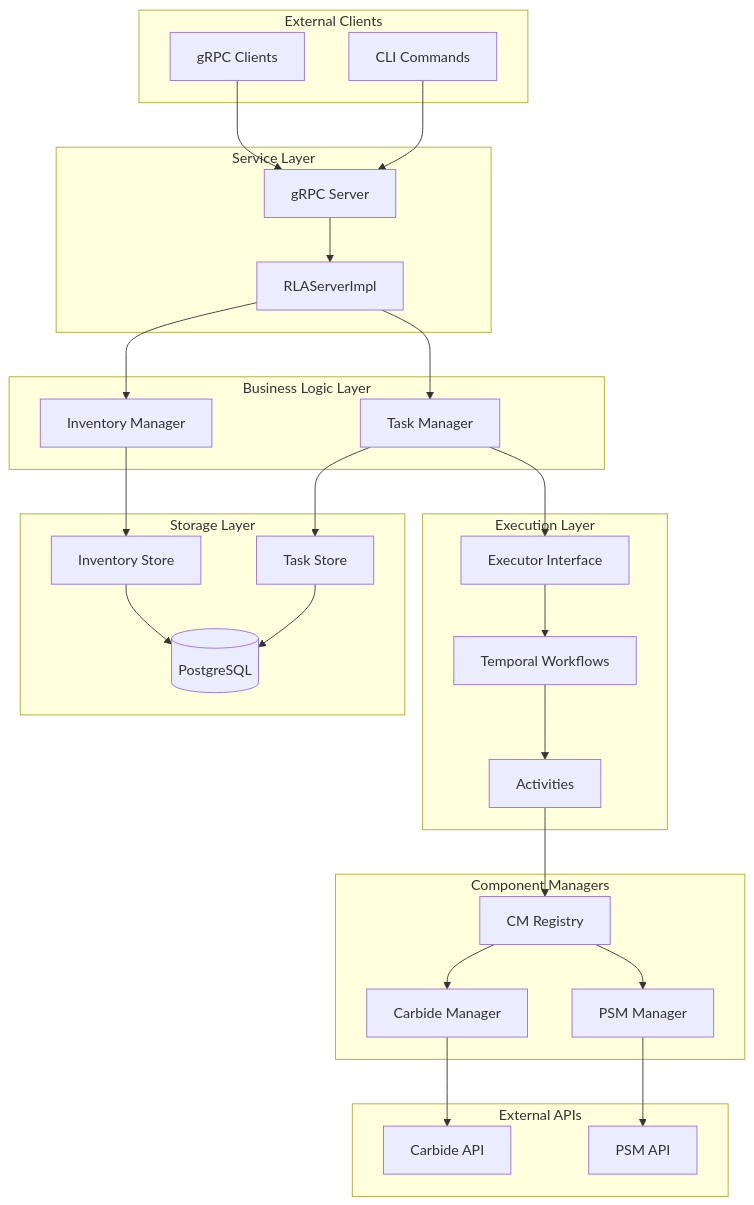
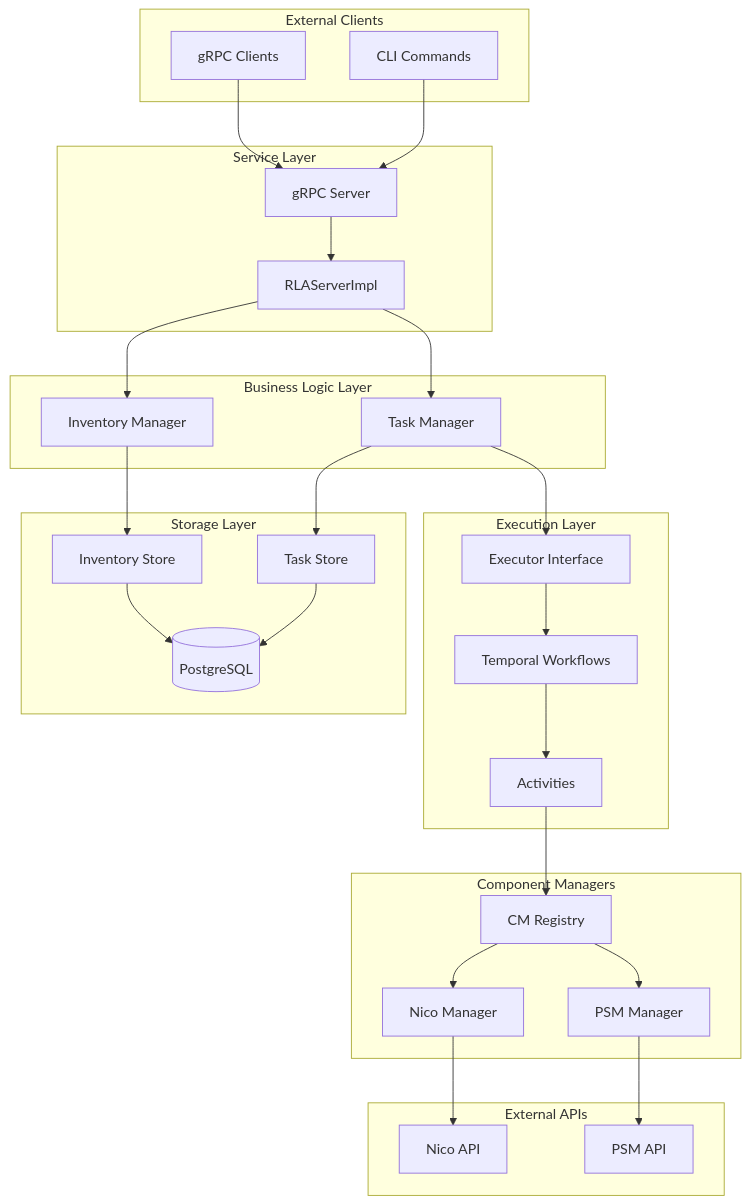
Before and after one commit to NVIDIA/ncx-infra-controller-rest: the first of 3 diagrams in rla/docs/rla-architecture.md, drawn with Mermaid. The commit also changed other lines of this file and 814 other files, not shown here.

First line of the commit message:
feat!: rename carbide/forge → nico across entire codebase

````diff
--- a/rla/docs/rla-architecture.md
+++ b/rla/docs/rla-architecture.md
@@ -44,58 +44,58 @@
 ```mermaid
 flowchart TB
     subgraph external [External Clients]
         grpcClient[gRPC Clients]
         cli[CLI Commands]
     end
 
     subgraph service [Service Layer]
         grpcServer[gRPC Server]
         serverImpl[RLAServerImpl]
     end
 
     subgraph business [Business Logic Layer]
         invManager[Inventory Manager]
         taskManager[Task Manager]
     end
 
     subgraph storage [Storage Layer]
         invStore[Inventory Store]
         taskStore[Task Store]
         postgres[(PostgreSQL)]
     end
 
     subgraph execution [Execution Layer]
         executor[Executor Interface]
         temporal[Temporal Workflows]
         activities[Activities]
     end
 
     subgraph componentmgr [Component Managers]
         cmRegistry[CM Registry]
-        carbideCM[Carbide Manager]
+        nicoCM[Nico Manager]
         psmCM[PSM Manager]
     end
 
     subgraph external_apis [External APIs]
-        carbideAPI[Carbide API]
+        nicoAPI[Nico API]
         psmAPI[PSM API]
     end
 
     grpcClient --> grpcServer
     cli --> grpcServer
     grpcServer --> serverImpl
     serverImpl --> invManager
     serverImpl --> taskManager
     invManager --> invStore
     taskManager --> taskStore
     taskManager --> executor
     invStore --> postgres
     taskStore --> postgres
     executor --> temporal
     temporal --> activities
     activities --> cmRegistry
-    cmRegistry --> carbideCM
+    cmRegistry --> nicoCM
     cmRegistry --> psmCM
-    carbideCM --> carbideAPI
+    nicoCM --> nicoAPI
     psmCM --> psmAPI
 ```
````
